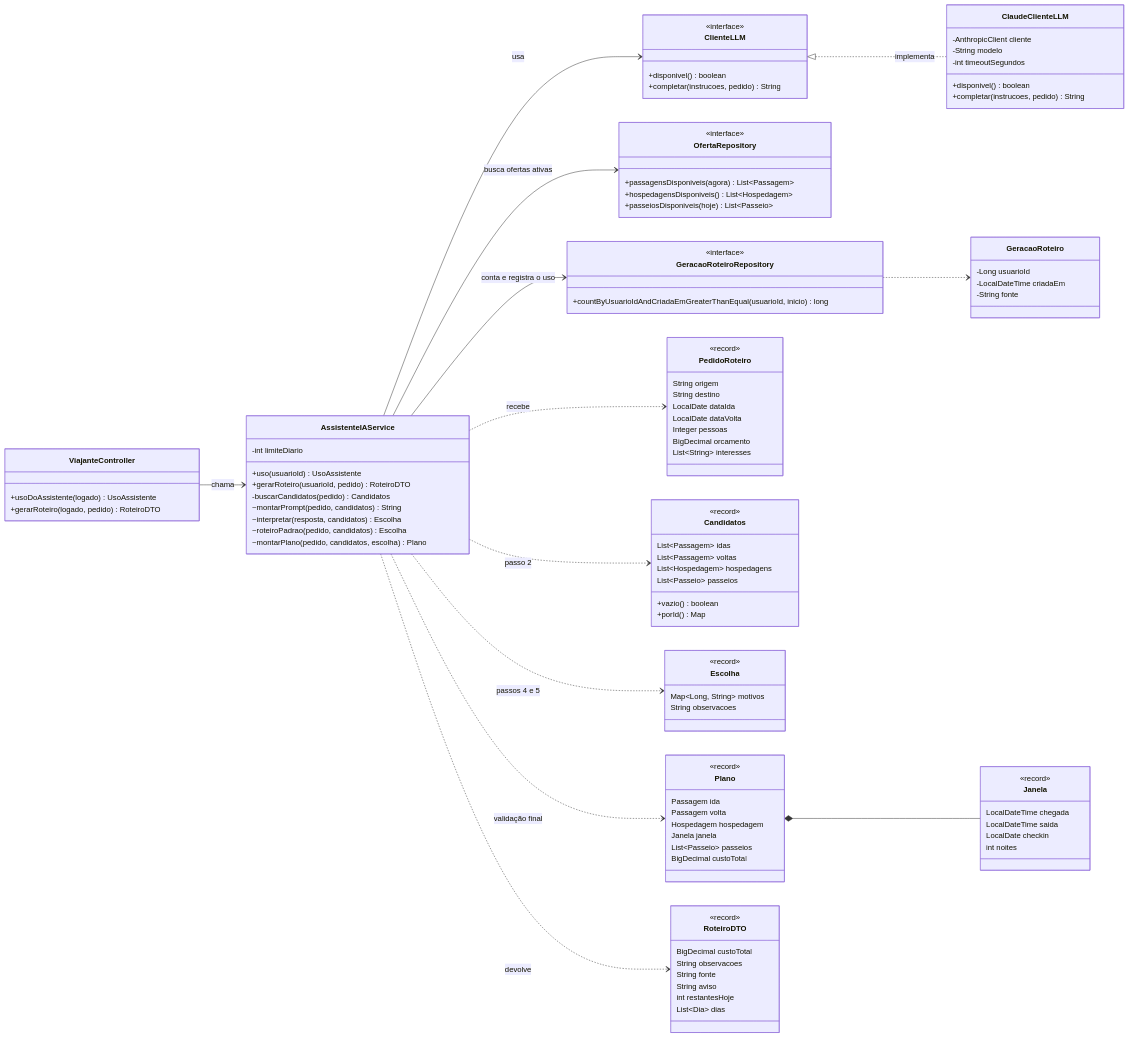
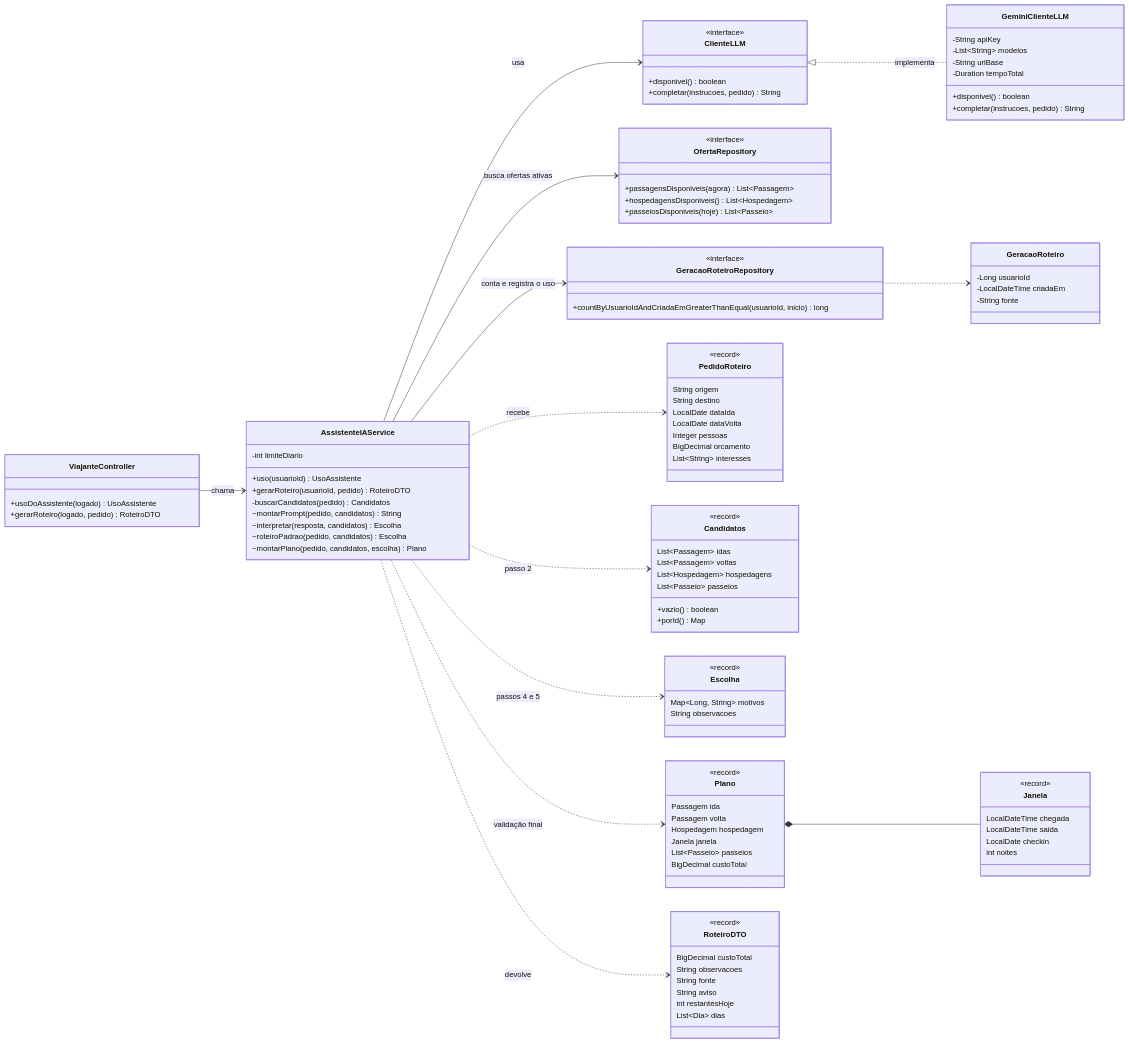
Before and after one commit to duquexote/viaja: the diagram in docs/c4/c4-4-codigo-assistente.mmd, drawn with Mermaid. The commit also changed 22 other files, not shown here.

```diff
--- a/docs/c4/c4-4-codigo-assistente.mmd
+++ b/docs/c4/c4-4-codigo-assistente.mmd
@@ -1,106 +1,107 @@
 classDiagram
     direction LR
 
     class ViajanteController {
         +usoDoAssistente(logado) UsoAssistente
         +gerarRoteiro(logado, pedido) RoteiroDTO
     }
     class AssistenteIAService {
         -int limiteDiario
         +uso(usuarioId) UsoAssistente
         +gerarRoteiro(usuarioId, pedido) RoteiroDTO
         -buscarCandidatos(pedido) Candidatos
         ~montarPrompt(pedido, candidatos) String
         ~interpretar(resposta, candidatos) Escolha
         ~roteiroPadrao(pedido, candidatos) Escolha
         ~montarPlano(pedido, candidatos, escolha) Plano
     }
     class ClienteLLM {
         <<interface>>
         +disponivel() boolean
         +completar(instrucoes, pedido) String
     }
-    class ClaudeClienteLLM {
-        -AnthropicClient cliente
-        -String modelo
-        -int timeoutSegundos
+    class GeminiClienteLLM {
+        -String apiKey
+        -List~String~ modelos
+        -String urlBase
+        -Duration tempoTotal
         +disponivel() boolean
         +completar(instrucoes, pedido) String
     }
     class OfertaRepository {
         <<interface>>
         +passagensDisponiveis(agora) List~Passagem~
         +hospedagensDisponiveis() List~Hospedagem~
         +passeiosDisponiveis(hoje) List~Passeio~
     }
     class GeracaoRoteiroRepository {
         <<interface>>
         +countByUsuarioIdAndCriadaEmGreaterThanEqual(usuarioId, inicio) long
     }
     class PedidoRoteiro {
         <<record>>
         String origem
         String destino
         LocalDate dataIda
         LocalDate dataVolta
         Integer pessoas
         BigDecimal orcamento
         List~String~ interesses
     }
     class Candidatos {
         <<record>>
         List~Passagem~ idas
         List~Passagem~ voltas
         List~Hospedagem~ hospedagens
         List~Passeio~ passeios
         +vazio() boolean
         +porId() Map
     }
     class Escolha {
         <<record>>
         Map~Long, String~ motivos
         String observacoes
     }
     class Janela {
         <<record>>
         LocalDateTime chegada
         LocalDateTime saida
         LocalDate checkin
         int noites
     }
     class Plano {
         <<record>>
         Passagem ida
         Passagem volta
         Hospedagem hospedagem
         Janela janela
         List~Passeio~ passeios
         BigDecimal custoTotal
     }
     class RoteiroDTO {
         <<record>>
         BigDecimal custoTotal
         String observacoes
         String fonte
         String aviso
         int restantesHoje
         List~Dia~ dias
     }
     class GeracaoRoteiro {
         -Long usuarioId
         -LocalDateTime criadaEm
         -String fonte
     }
 
     ViajanteController --> AssistenteIAService : chama
     AssistenteIAService --> ClienteLLM : usa
-    ClienteLLM <|.. ClaudeClienteLLM : implementa
+    ClienteLLM <|.. GeminiClienteLLM : implementa
     AssistenteIAService --> OfertaRepository : busca ofertas ativas
     AssistenteIAService --> GeracaoRoteiroRepository : conta e registra o uso
     GeracaoRoteiroRepository ..> GeracaoRoteiro
     AssistenteIAService ..> PedidoRoteiro : recebe
     AssistenteIAService ..> Candidatos : passo 2
     AssistenteIAService ..> Escolha : passos 4 e 5
     AssistenteIAService ..> Plano : validação final
     Plano *-- Janela
     AssistenteIAService ..> RoteiroDTO : devolve
```
